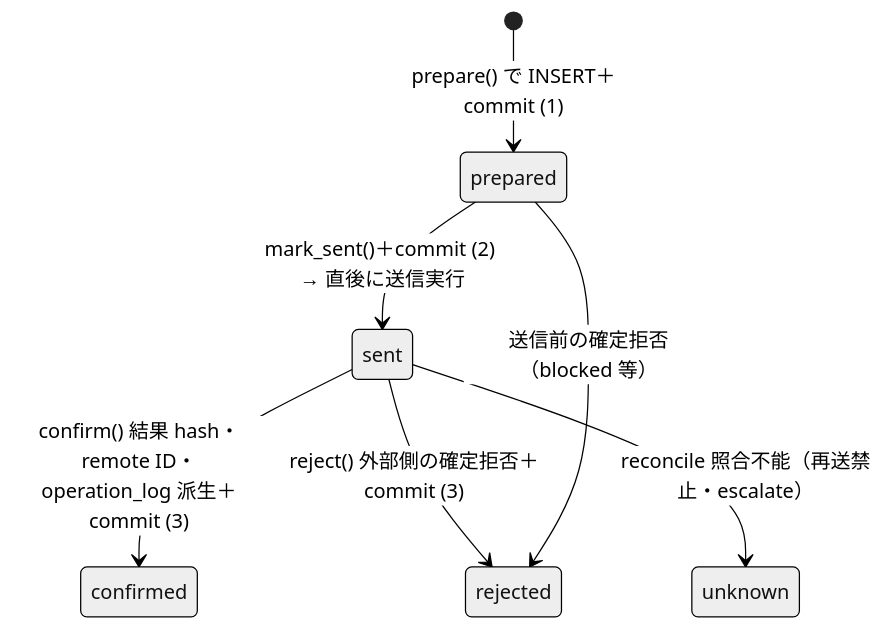
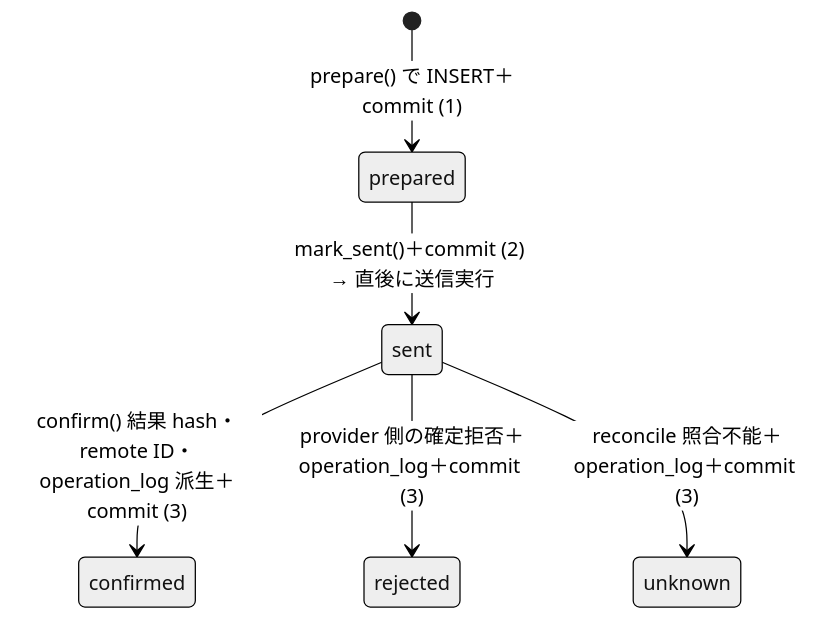
The diagram in docs/L6-feature-design/S0/external-operations.md (RetryYN/HELIX-MARKETING-HARNESS), drawn with Mermaid (neutral theme) before and after one commit. The commit also changed other lines of this file and 98 other files, not shown here.

````diff
--- a/docs/L6-feature-design/S0/external-operations.md
+++ b/docs/L6-feature-design/S0/external-operations.md
@@ -43,9 +45,8 @@
 ```mermaid
 stateDiagram-v2
     [*] --> prepared: prepare() で INSERT＋commit (1)
     prepared --> sent: mark_sent()＋commit (2) → 直後に送信実行
     sent --> confirmed: confirm() 結果 hash・remote ID・operation_log 派生＋commit (3)
-    sent --> rejected: reject() 外部側の確定拒否＋commit (3)
-    sent --> unknown: reconcile 照合不能（再送禁止・escalate）
-    prepared --> rejected: 送信前の確定拒否（blocked 等）
+    sent --> rejected: provider 側の確定拒否＋operation_log＋commit (3)
+    sent --> unknown: reconcile 照合不能＋operation_log＋commit (3)
 ```
````
